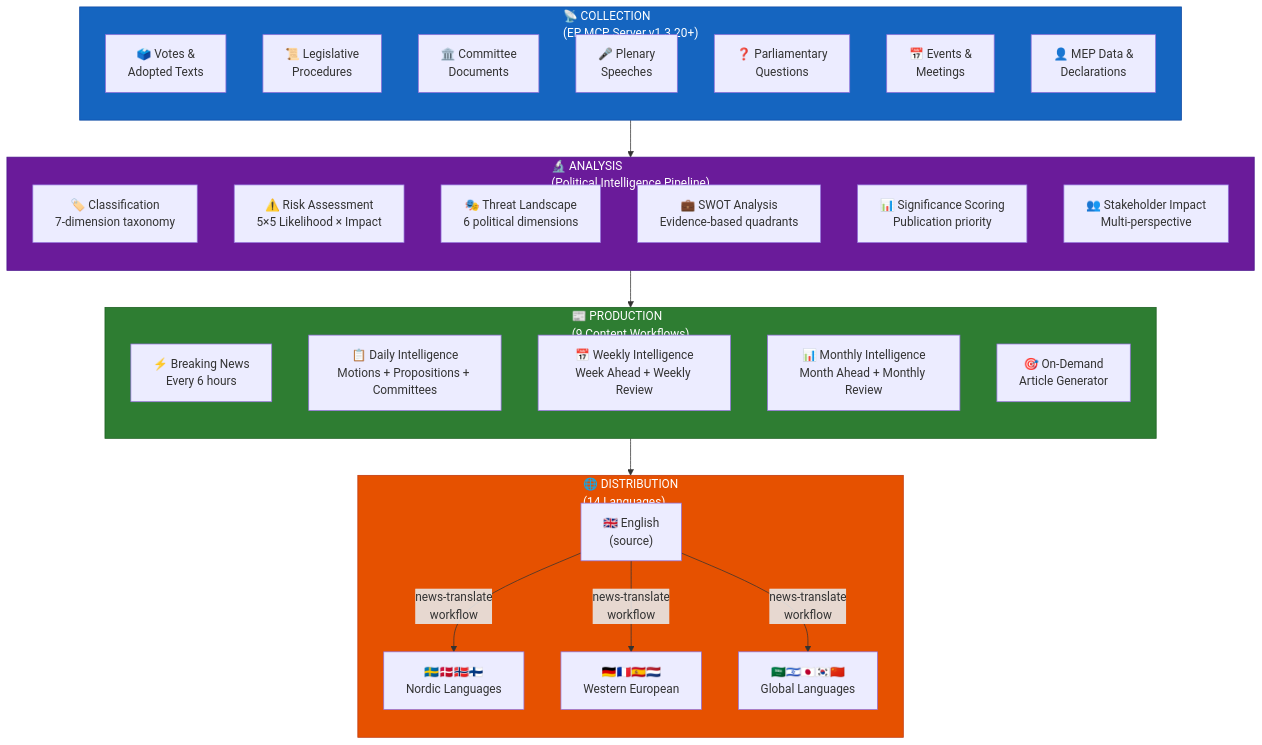
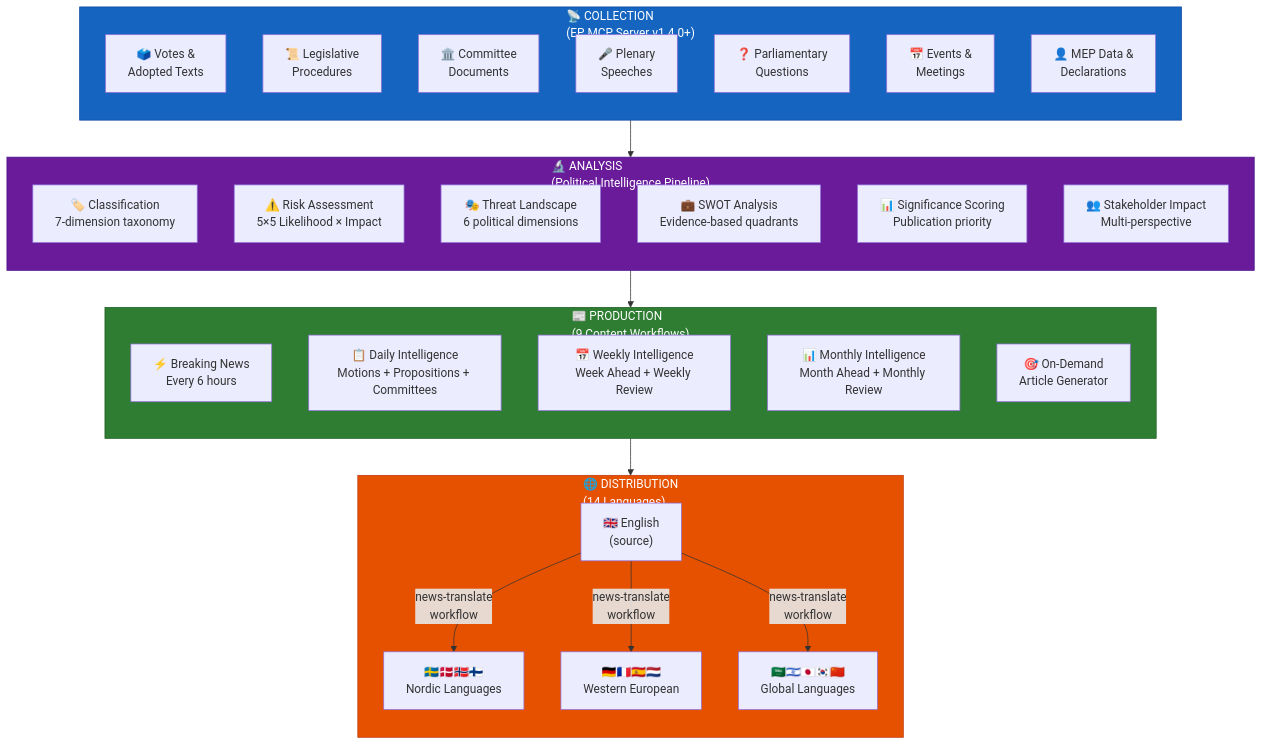
Before and after one commit to Hack23/euparliamentmonitor: diagram 20 of 23 in WORKFLOWS.md, drawn with Mermaid. The commit also changed other lines of this file and 61 other files, not shown here.

Commit message:
chore: align EP MCP server references to 1.4.0

````diff
--- a/WORKFLOWS.md
+++ b/WORKFLOWS.md
@@ -2130,48 +2130,48 @@
 ```mermaid
 flowchart TD
-    subgraph Collection["📡 COLLECTION<br/>(EP MCP Server v1.3.20+)"]
+    subgraph Collection["📡 COLLECTION<br/>(EP MCP Server v1.4.0+)"]
         direction TB
         C1["🗳️ Votes &<br/>Adopted Texts"]
         C2["📜 Legislative<br/>Procedures"]
         C3["🏛️ Committee<br/>Documents"]
         C4["🎤 Plenary<br/>Speeches"]
         C5["❓ Parliamentary<br/>Questions"]
         C6["📅 Events &<br/>Meetings"]
         C7["👤 MEP Data &<br/>Declarations"]
     end
 
     subgraph Analysis["🔬 ANALYSIS<br/>(Political Intelligence Pipeline)"]
         direction TB
         A1["🏷️ Classification<br/>7-dimension taxonomy"]
         A2["⚠️ Risk Assessment<br/>5×5 Likelihood × Impact"]
         A3["🎭 Threat Landscape<br/>6 political dimensions"]
         A4["💼 SWOT Analysis<br/>Evidence-based quadrants"]
         A5["📊 Significance Scoring<br/>Publication priority"]
         A6["👥 Stakeholder Impact<br/>Multi-perspective"]
     end
 
     subgraph Production["📰 PRODUCTION<br/>(9 Content Workflows)"]
         direction TB
         P1["⚡ Breaking News<br/>Every 6 hours"]
         P2["📋 Daily Intelligence<br/>Motions + Propositions + Committees"]
         P3["📅 Weekly Intelligence<br/>Week Ahead + Weekly Review"]
         P4["📊 Monthly Intelligence<br/>Month Ahead + Monthly Review"]
         P5["🎯 On-Demand<br/>Article Generator"]
     end
 
     subgraph Distribution["🌐 DISTRIBUTION<br/>(14 Languages)"]
         direction TB
         D1["🇬🇧 English<br/>(source)"]
         D2["🇸🇪🇩🇰🇳🇴🇫🇮<br/>Nordic Languages"]
         D3["🇩🇪🇫🇷🇪🇸🇳🇱<br/>Western European"]
         D4["🇸🇦🇮🇱🇯🇵🇰🇷🇨🇳<br/>Global Languages"]
     end
 
     Collection --> Analysis --> Production --> D1
     D1 --> |"news-translate<br/>workflow"| D2 & D3 & D4
 
     style Collection fill:#1565C0,stroke:#0D47A1,color:#FFFFFF
     style Analysis fill:#6A1B9A,stroke:#4A148C,color:#FFFFFF
     style Production fill:#2E7D32,stroke:#1B5E20,color:#FFFFFF
     style Distribution fill:#E65100,stroke:#BF360C,color:#FFFFFF
 ```
````
